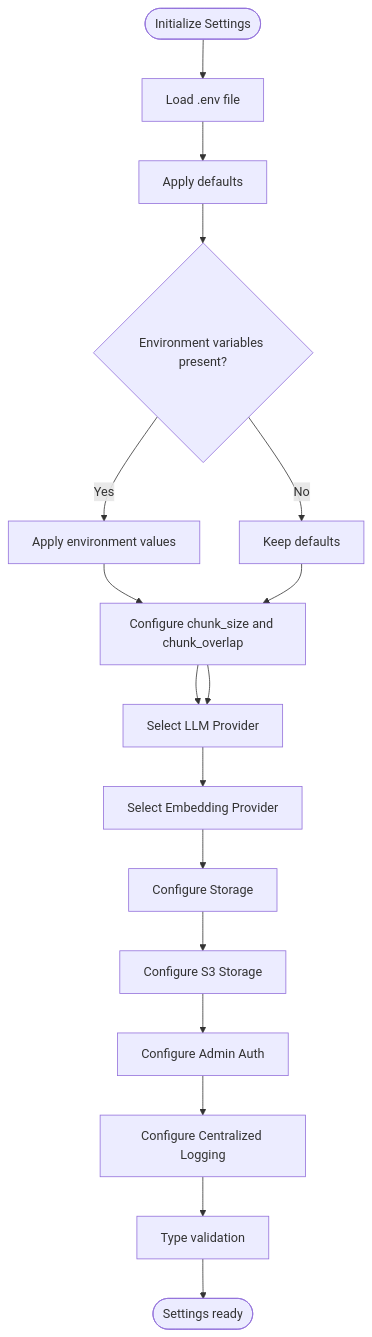
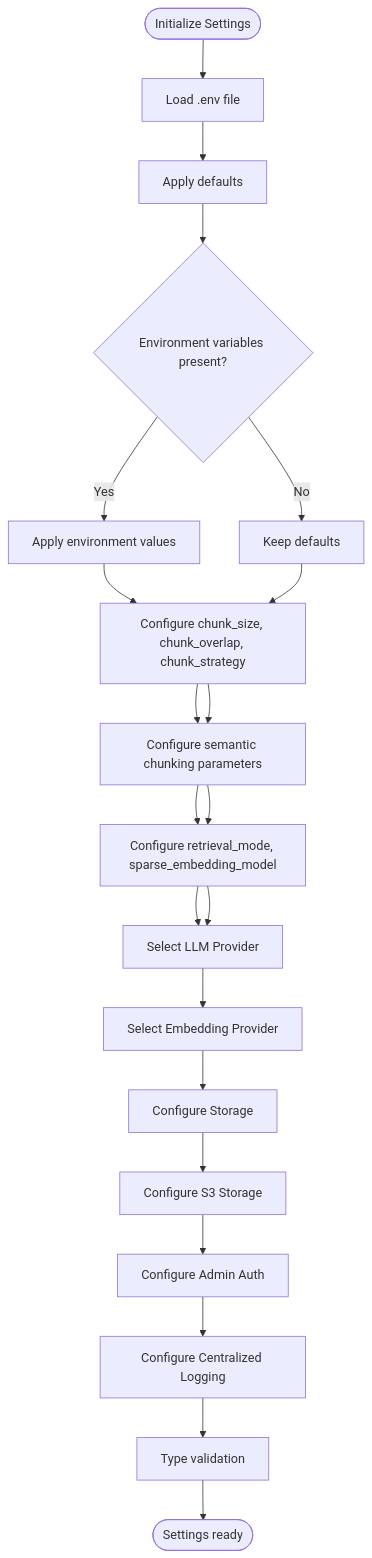
The fifth of 11 diagrams in .qoder/repowiki/en/content/Configuration Management.md (ognelis/cafetera_hr_bot), drawn with Mermaid before and after one commit. The commit also changed other lines of this file and 10 other files, not shown here.

````diff
--- a/.qoder/repowiki/en/content/Configuration Management.md
+++ b/.qoder/repowiki/en/content/Configuration Management.md
@@ -342,19 +390,23 @@
 ```mermaid
 flowchart TD
 Start(["Initialize Settings"]) --> LoadEnv["Load .env file"]
 LoadEnv --> Defaults["Apply defaults"]
 Defaults --> EnvOverride{"Environment variables present?"}
 EnvOverride --> |Yes| ApplyEnv["Apply environment values"]
 EnvOverride --> |No| KeepDefaults["Keep defaults"]
-ApplyEnv --> ChunkingConfig["Configure chunk_size and chunk_overlap"]
-ChunkingConfig --> ProviderSelect["Select LLM Provider"]
+ApplyEnv --> ChunkingConfig["Configure chunk_size, chunk_overlap, chunk_strategy"]
+ChunkingConfig --> SemanticConfig["Configure semantic chunking parameters"]
+SemanticConfig --> HybridConfig["Configure retrieval_mode, sparse_embedding_model"]
+HybridConfig --> ProviderSelect["Select LLM Provider"]
 ProviderSelect --> EmbeddingSelect["Select Embedding Provider"]
 EmbeddingSelect --> StorageConfig["Configure Storage"]
 StorageConfig --> S3Config["Configure S3 Storage"]
 S3Config --> AdminConfig["Configure Admin Auth"]
 AdminConfig --> LoggingConfig["Configure Centralized Logging"]
 LoggingConfig --> Validate["Type validation"]
 KeepDefaults --> ChunkingConfig
-ChunkingConfig --> ProviderSelect
+ChunkingConfig --> SemanticConfig
+SemanticConfig --> HybridConfig
+HybridConfig --> ProviderSelect
 Validate --> Done(["Settings ready"])
 ```
````
